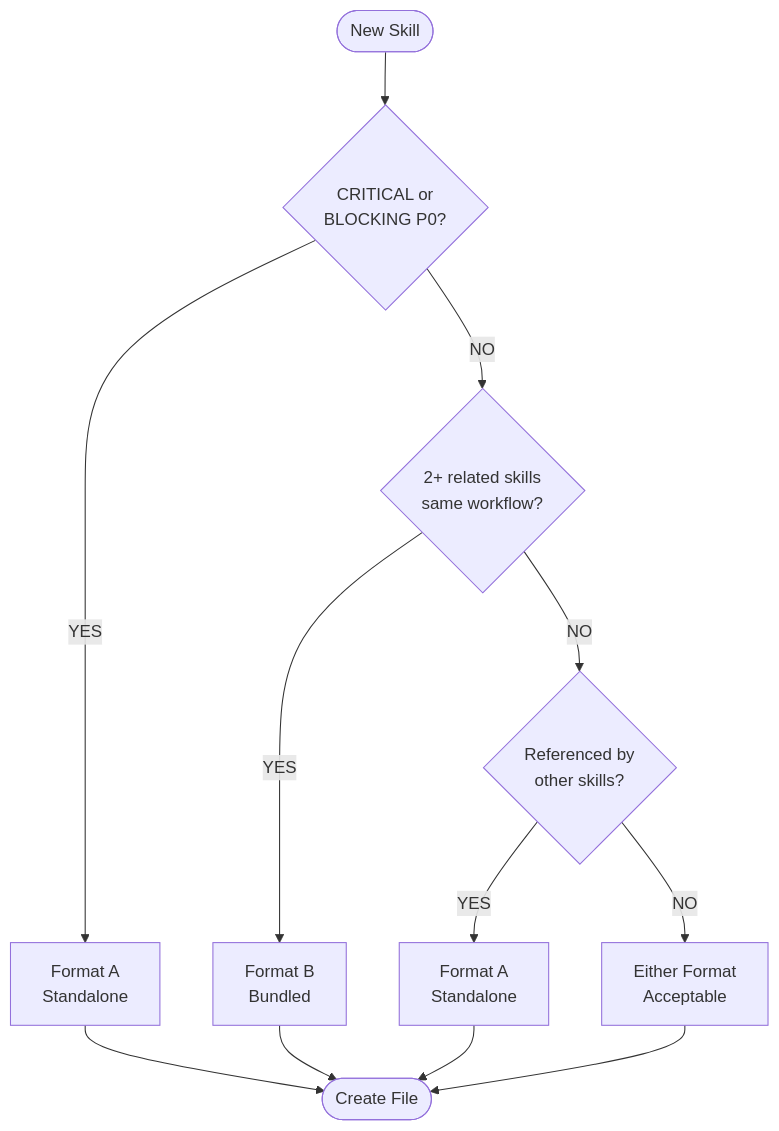
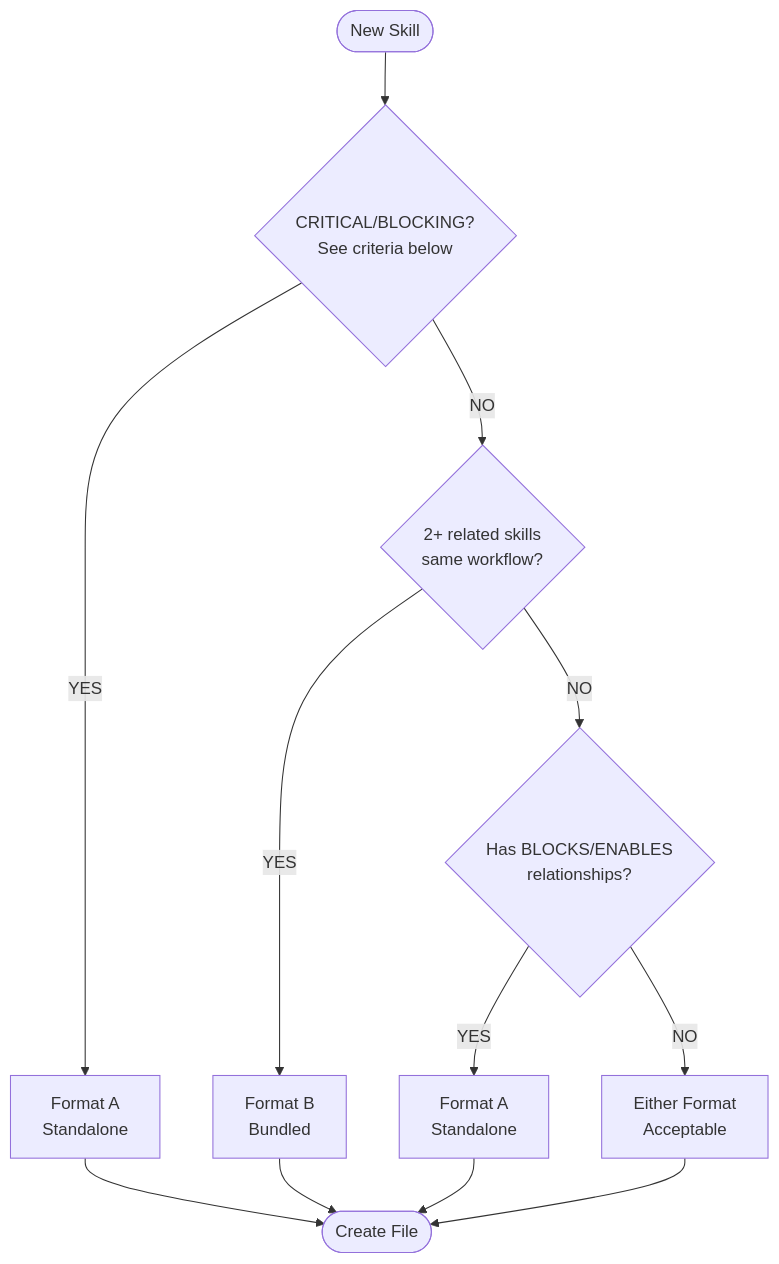
One commit to rjmurillo/ai-agents changed the first of 2 diagrams in src/claude/skillbook.md. Above: the diagram before and after it, drawn with Mermaid. The commit also changed other lines of this file and 7 other files, not shown here.

````diff
--- a/src/claude/skillbook.md
+++ b/src/claude/skillbook.md
@@ -247,15 +247,15 @@
 ```mermaid
 flowchart TD
-    START([New Skill]) --> Q1{CRITICAL or<br/>BLOCKING P0?}
+    START([New Skill]) --> Q1{CRITICAL/BLOCKING?<br/>See criteria below}
     Q1 -->|YES| A1[Format A<br/>Standalone]
     Q1 -->|NO| Q2{2+ related skills<br/>same workflow?}
     Q2 -->|YES| B1[Format B<br/>Bundled]
-    Q2 -->|NO| Q3{Referenced by<br/>other skills?}
+    Q2 -->|NO| Q3{Has BLOCKS/ENABLES<br/>relationships?}
     Q3 -->|YES| A2[Format A<br/>Standalone]
     Q3 -->|NO| EITHER[Either Format<br/>Acceptable]
 
     A1 --> DONE([Create File])
     A2 --> DONE
     B1 --> DONE
     EITHER --> DONE
 ```
````
